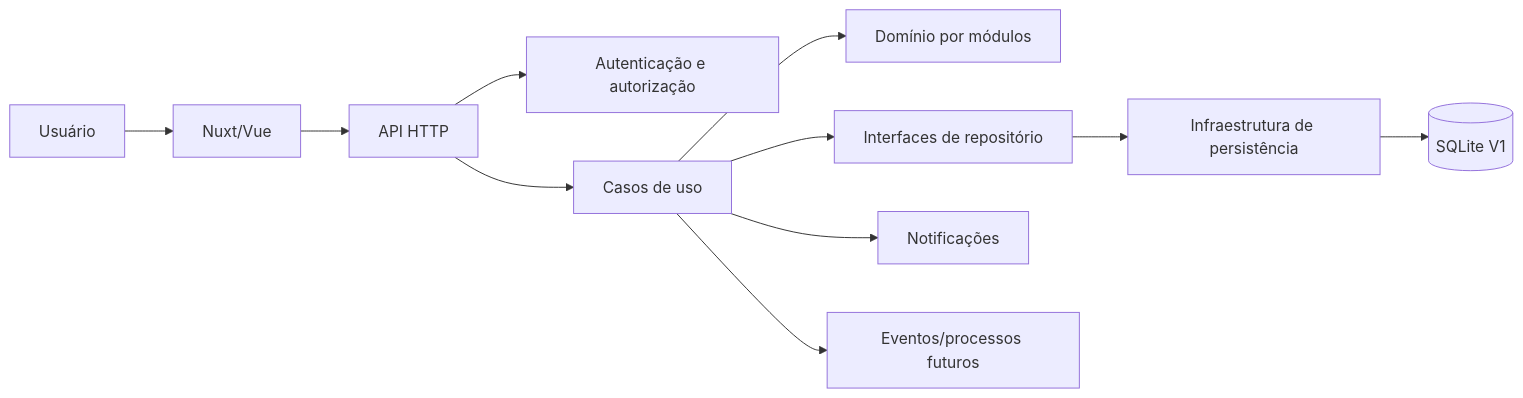
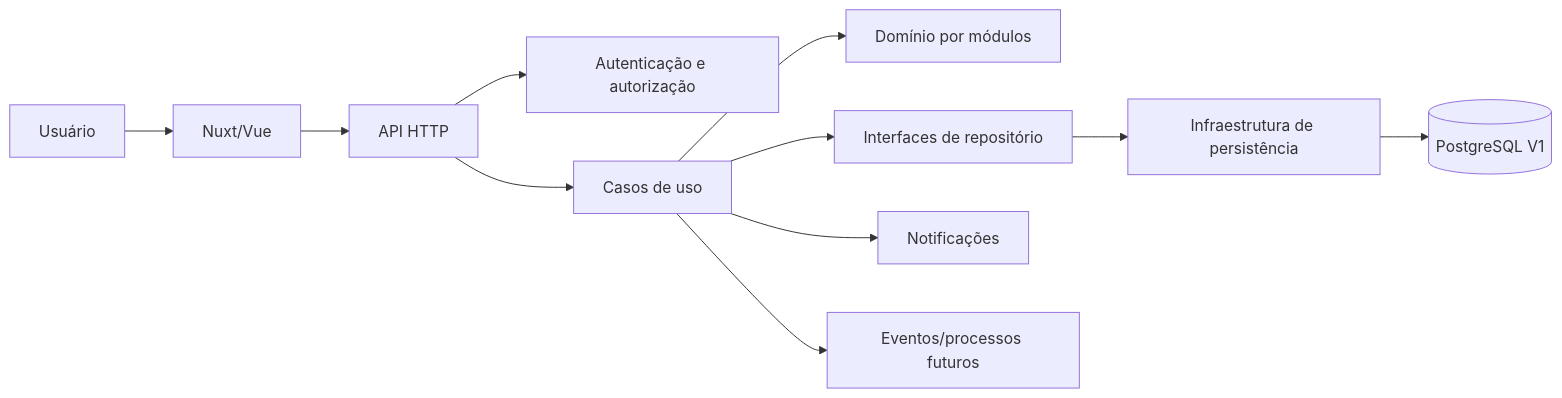
The second of 3 diagrams in docs/requisitos/levantamento-de-requisitos.md (gtxeira/sigame-backend), drawn with Mermaid before and after one commit. The commit also changed other lines of this file and 170 other files, not shown here.

````diff
--- a/docs/requisitos/levantamento-de-requisitos.md
+++ b/docs/requisitos/levantamento-de-requisitos.md
@@ -1162,13 +1295,13 @@
 ```mermaid
 flowchart LR
     U[Usuário] --> F[Nuxt/Vue]
     F --> API[API HTTP]
     API --> AUTH[Autenticação e autorização]
     API --> APP[Casos de uso]
     APP --> DOM[Domínio por módulos]
     APP --> REP[Interfaces de repositório]
     REP --> INF[Infraestrutura de persistência]
-    INF --> DB[(SQLite V1)]
+    INF --> DB[(PostgreSQL V1)]
     APP --> NOTIF[Notificações]
     APP --> EVENTS[Eventos/processos futuros]
 ```
````
